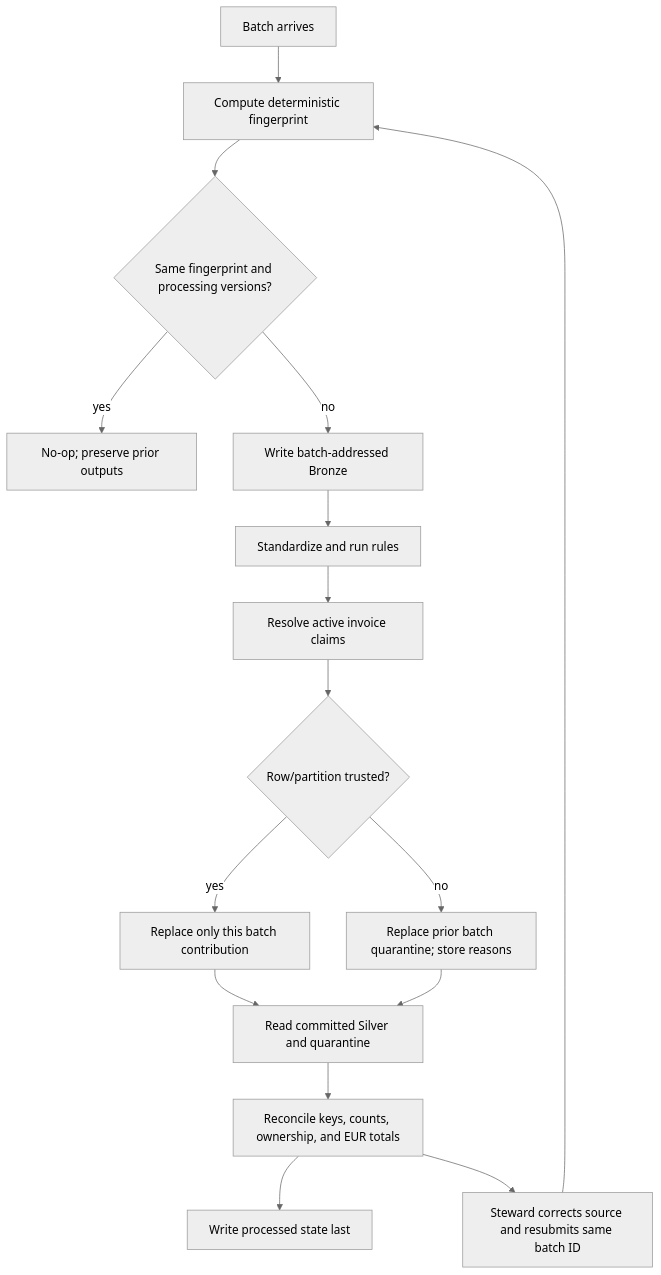
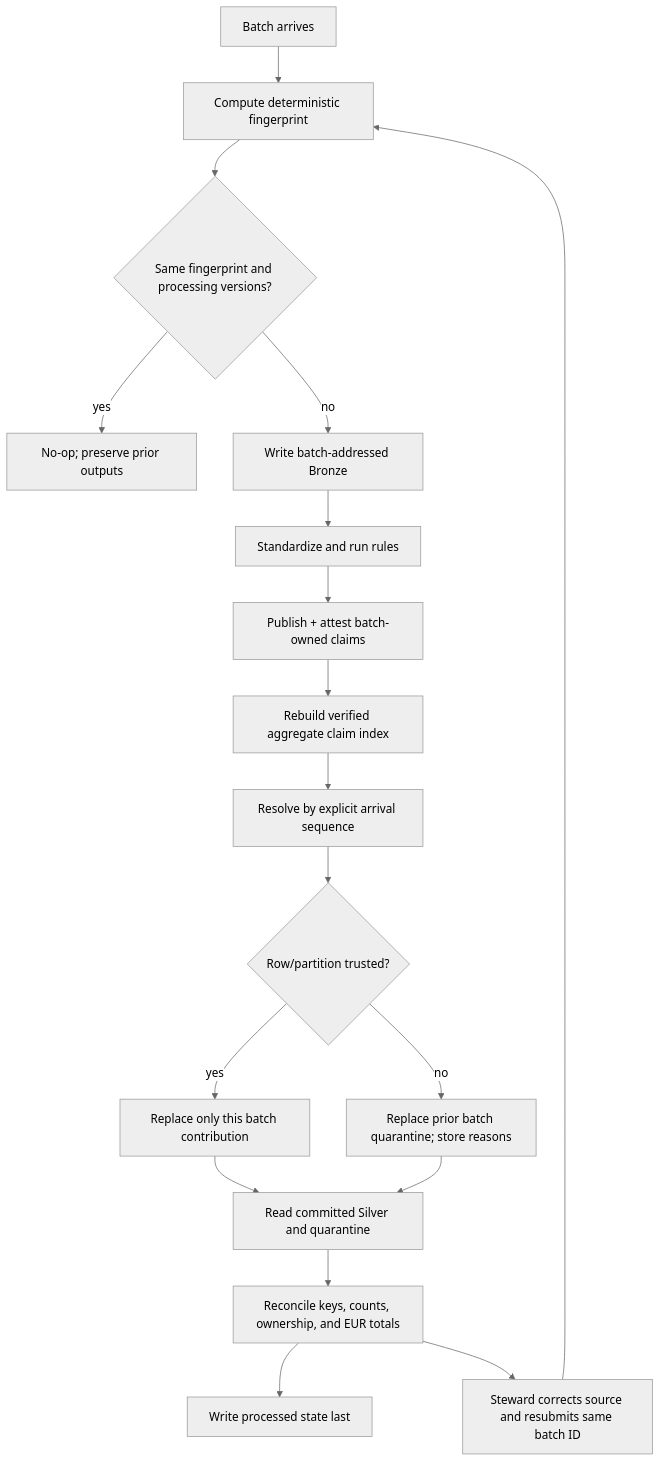
Before and after one commit to khanbelievable/Libra: the fifth of 5 diagrams in docs/ARCHITECTURE.md, drawn with Mermaid (neutral theme). The commit also changed other lines of this file and 13 other files, not shown here.

````diff
--- a/docs/ARCHITECTURE.md
+++ b/docs/ARCHITECTURE.md
@@ -61,18 +61,20 @@
 ```mermaid
 flowchart TD
     Batch["Batch arrives"] --> Fingerprint["Compute deterministic fingerprint"]
     Fingerprint --> Same{"Same fingerprint and processing versions?"}
     Same -->|yes| NoOp["No-op; preserve prior outputs"]
     Same -->|no| Bronze["Write batch-addressed Bronze"]
     Bronze --> Checks["Standardize and run rules"]
-    Checks --> Claims["Resolve active invoice claims"]
+    Checks --> Manifest["Publish + attest batch-owned claims"]
+    Manifest --> Index["Rebuild verified aggregate claim index"]
+    Index --> Claims["Resolve by explicit arrival sequence"]
     Claims --> Valid{"Row/partition trusted?"}
     Valid -->|yes| Merge["Replace only this batch contribution"]
     Valid -->|no| Quarantine["Replace prior batch quarantine; store reasons"]
     Merge --> Readback["Read committed Silver and quarantine"]
     Quarantine --> Readback
     Readback --> Evidence["Reconcile keys, counts, ownership, and EUR totals"]
     Evidence --> State["Write processed state last"]
     Evidence --> Correct["Steward corrects source and resubmits same batch ID"]
     Correct --> Fingerprint
 ```
````
